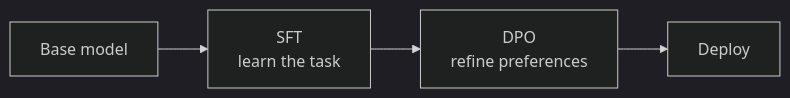
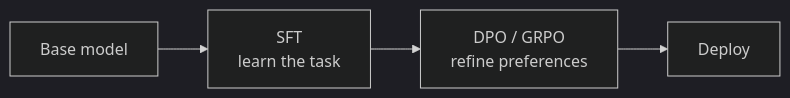
Before and after one commit to sawanruparel/applied-ai-course: the diagram in lectures/week13-distillation/16-DPO.md, drawn with Mermaid (dark theme). The commit also changed other lines of this file and 65 other files, not shown here.

````diff
--- a/lectures/week13-distillation/16-DPO.md
+++ b/lectures/week13-distillation/16-DPO.md
@@ -60,6 +66,6 @@
 ```mermaid
 flowchart LR
     Base[Base model] --> SFT[SFT<br/>learn the task]
-    SFT --> DPO[DPO<br/>refine preferences]
+    SFT --> DPO[DPO / GRPO<br/>refine preferences]
     DPO --> Deploy[Deploy]
 ```
````
